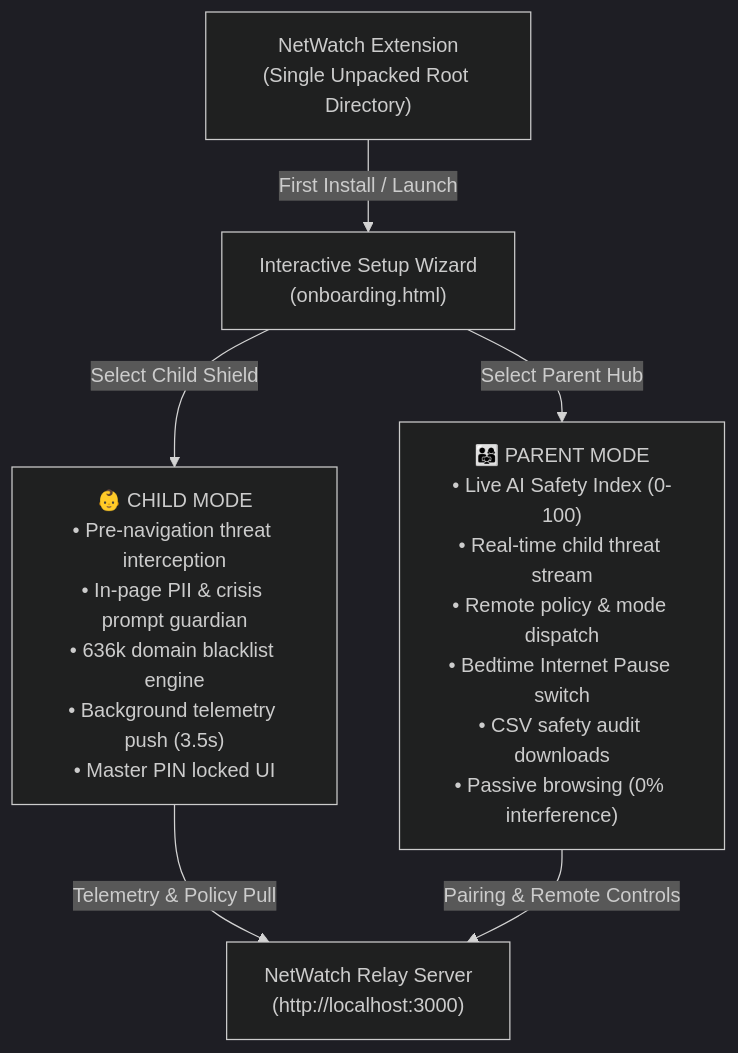
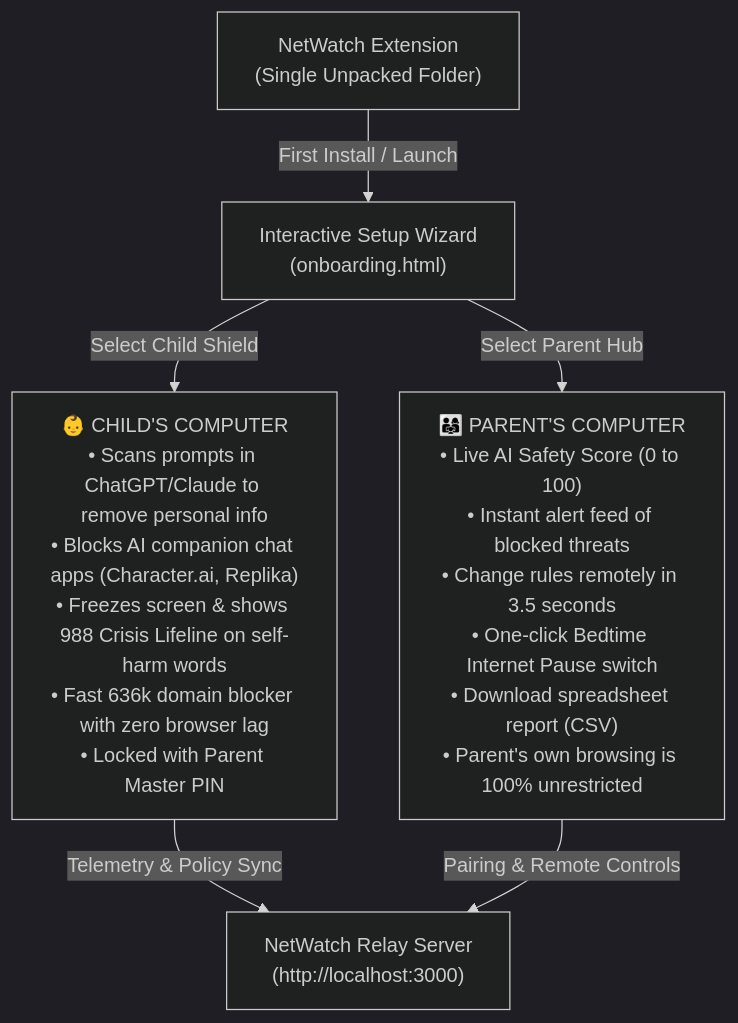
One commit to rohityin/NetWatch changed the diagram in README.md. Above: the diagram before and after it, drawn with Mermaid (dark theme). The commit also changed other lines of this file and 21 other files, not shown here.

````diff
--- a/README.md
+++ b/README.md
@@ -15,12 +15,12 @@
 ```mermaid
 flowchart TD
-    EXT["NetWatch Extension<br/>(Single Unpacked Root Directory)"]
+    EXT["NetWatch Extension<br/>(Single Unpacked Folder)"]
     ONBOARD["Interactive Setup Wizard<br/>(onboarding.html)"]
     EXT -->|First Install / Launch| ONBOARD
 
-    ONBOARD -->|Select Child Shield| ROLE_CHILD["👶 CHILD MODE<br/>• Pre-navigation threat interception<br/>• In-page PII & crisis prompt guardian<br/>• 636k domain blacklist engine<br/>• Background telemetry push (3.5s)<br/>• Master PIN locked UI"]
-    ONBOARD -->|Select Parent Hub| ROLE_PARENT["👨‍👩‍👧 PARENT MODE<br/>• Live AI Safety Index (0-100)<br/>• Real-time child threat stream<br/>• Remote policy & mode dispatch<br/>• Bedtime Internet Pause switch<br/>• CSV safety audit downloads<br/>• Passive browsing (0% interference)"]
+    ONBOARD -->|Select Child Shield| ROLE_CHILD["👶 CHILD'S COMPUTER<br/>• Scans prompts in ChatGPT/Claude to remove personal info<br/>• Blocks AI companion chat apps (Character.ai, Replika)<br/>• Freezes screen & shows 988 Crisis Lifeline on self-harm words<br/>• Fast 636k domain blocker with zero browser lag<br/>• Locked with Parent Master PIN"]
+    ONBOARD -->|Select Parent Hub| ROLE_PARENT["👨‍👩‍👧 PARENT'S COMPUTER<br/>• Live AI Safety Score (0 to 100)<br/>• Instant alert feed of blocked threats<br/>• Change rules remotely in 3.5 seconds<br/>• One-click Bedtime Internet Pause switch<br/>• Download spreadsheet report (CSV)<br/>• Parent's own browsing is 100% unrestricted"]
 
-    ROLE_CHILD -->|Telemetry & Policy Pull| RELAY["NetWatch Relay Server<br/>(http://localhost:3000)"]
+    ROLE_CHILD -->|Telemetry & Policy Sync| RELAY["NetWatch Relay Server<br/>(http://localhost:3000)"]
     ROLE_PARENT -->|Pairing & Remote Controls| RELAY
 ```
````
